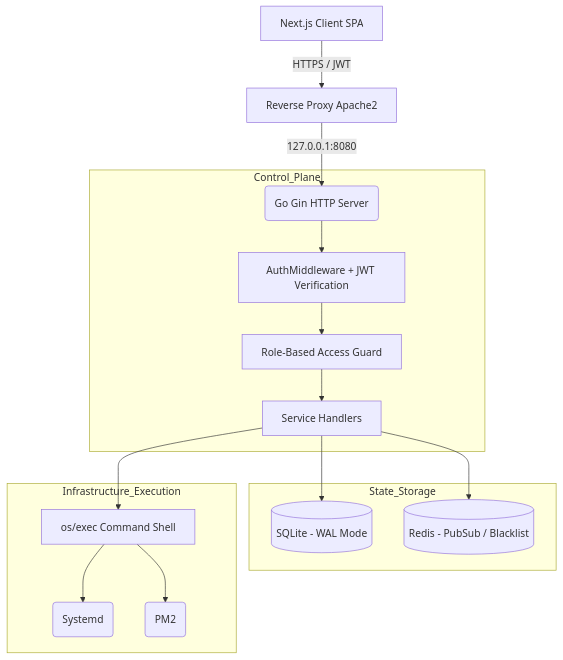
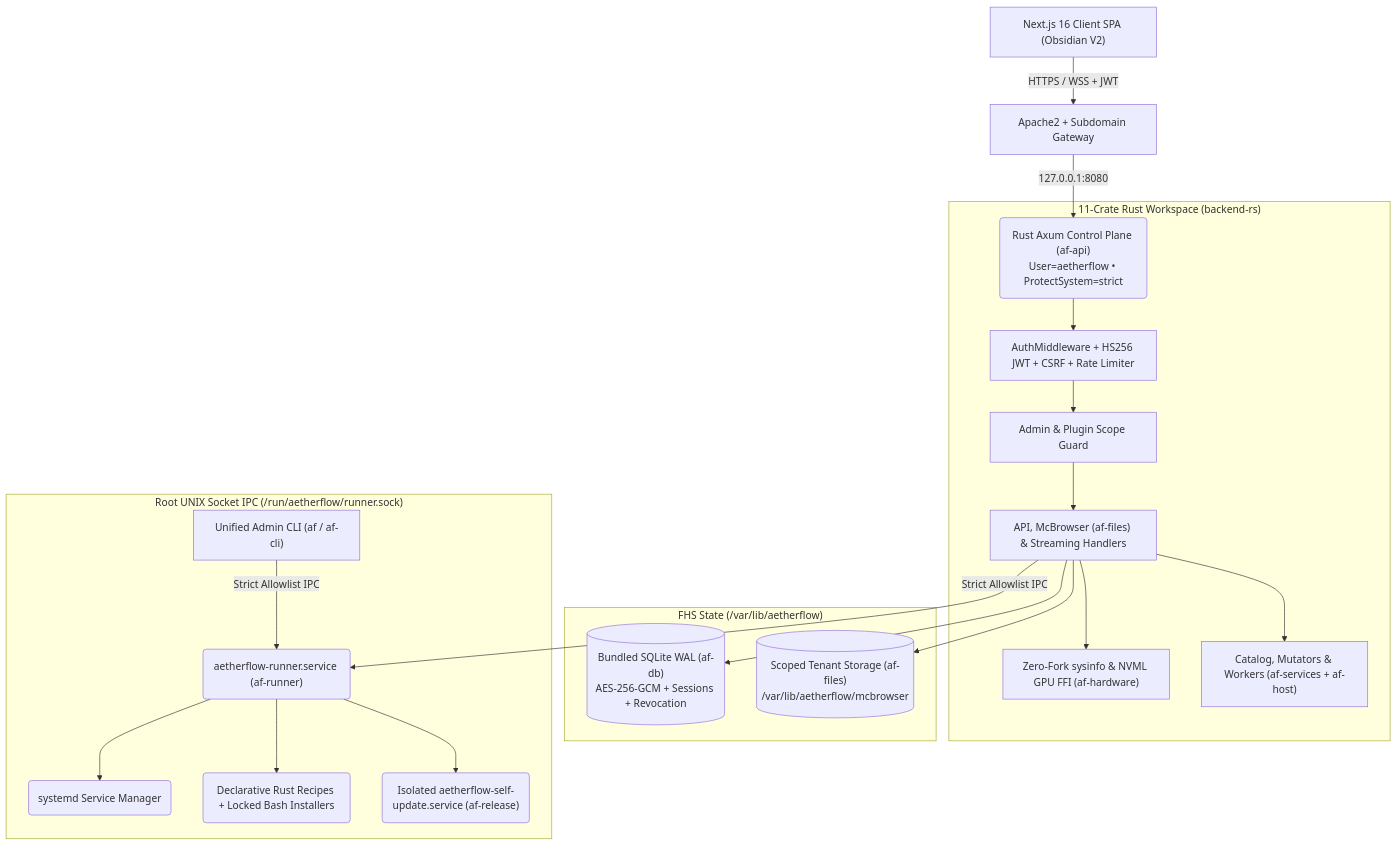
The diagram in docs/CODEBASE_BRAIN.md (McEveritts/AetherFlow), drawn with Mermaid before and after one commit. The commit also changed other lines of this file and 24 other files, not shown here.

Commit message:
docs(v4.0): rework GitHub README, banner, docs, security policy, and website for v4.0.0 Rust architecture

````diff
--- a/docs/CODEBASE_BRAIN.md
+++ b/docs/CODEBASE_BRAIN.md
@@ -17,22 +17,26 @@
 ```mermaid
 graph TD
-    Client[Next.js Client SPA] -->|HTTPS / JWT| Proxy[Reverse Proxy Apache2]
-    Proxy -->|127.0.0.1:8080| GinRouter(Go Gin HTTP Server)
-    
-    subgraph Control_Plane
-        GinRouter --> AuthMiddleware[AuthMiddleware + JWT Verification]
-        AuthMiddleware --> RBAC[Role-Based Access Guard]
-        RBAC --> Handlers[Service Handlers]
+    Client["Next.js 16 Client SPA (Obsidian V2)"] -->|HTTPS / WSS + JWT| Proxy["Apache2 + Subdomain Gateway"]
+    Proxy -->|127.0.0.1:8080| AxumRouter("Rust Axum Control Plane (af-api)<br/>User=aetherflow • ProtectSystem=strict")
+
+    subgraph Control_Plane["11-Crate Rust Workspace (backend-rs)"]
+        AxumRouter --> AuthMiddleware["AuthMiddleware + HS256 JWT + CSRF + Rate Limiter"]
+        AuthMiddleware --> RBAC["Admin & Plugin Scope Guard"]
+        RBAC --> Handlers["API, McBrowser (af-files) & Streaming Handlers"]
+        Handlers --> HW["Zero-Fork sysinfo & NVML GPU FFI (af-hardware)"]
+        Handlers --> Services["Catalog, Mutators & Workers (af-services + af-host)"]
     end
 
-    subgraph State_Storage
-        Handlers --> SQLite[(SQLite - WAL Mode)]
-        Handlers --> Redis[(Redis - PubSub / Blacklist)]
+    subgraph State_Storage["FHS State (/var/lib/aetherflow)"]
+        Handlers --> SQLite[("Bundled SQLite WAL (af-db)<br/>AES-256-GCM + Sessions + Revocation")]
+        Handlers --> McBrowserStorage[("Scoped Tenant Storage (af-files)<br/>/var/lib/aetherflow/mcbrowser")]
     end
 
-    subgraph Infrastructure_Execution
-        Handlers --> OS_Exec[os/exec Command Shell]
-        OS_Exec --> Systemd(Systemd)
-        OS_Exec --> PM2(PM2)
+    subgraph Privileged_Boundary["Root UNIX Socket IPC (/run/aetherflow/runner.sock)"]
+        Handlers -->|Strict Allowlist IPC| Runner("aetherflow-runner.service (af-runner)")
+        CLI["Unified Admin CLI (af / af-cli)"] -->|Strict Allowlist IPC| Runner
+        Runner --> Systemd("systemd Service Manager")
+        Runner --> PkgExec("Declarative Rust Recipes + Locked Bash Installers")
+        Runner --> SelfUpdate("Isolated aetherflow-self-update.service (af-release)")
     end
 ```
````
